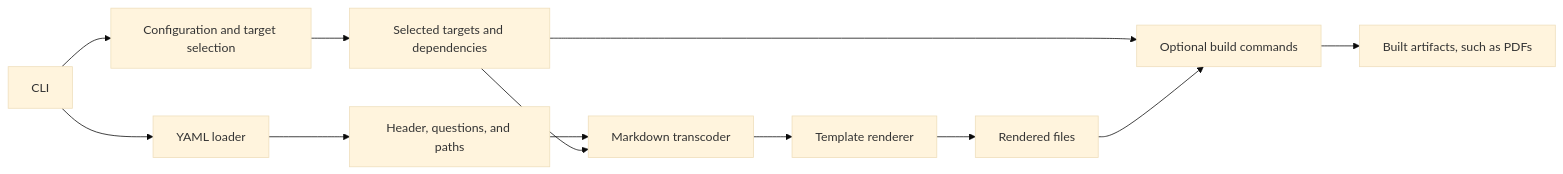
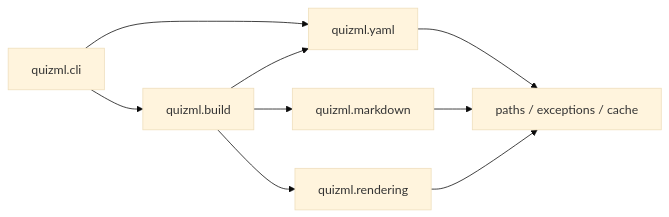
Before and after one commit to frcs/quizml: the diagram in ARCHITECTURE.md, drawn with Mermaid (base theme). The commit also changed other lines of this file and 59 other files, not shown here.

````diff
--- a/ARCHITECTURE.md
+++ b/ARCHITECTURE.md
@@ -7,14 +8,11 @@
 ```mermaid
 flowchart LR
-    CLI[CLI] --> Config[Configuration and target selection]
-    CLI --> Loader[YAML loader]
-    Config --> Targets[Selected targets and dependencies]
-    Loader --> Data[Header, questions, and paths]
-    Data --> Markdown[Markdown transcoder]
-    Targets --> Markdown
-    Markdown --> Renderer[Template renderer]
-    Renderer --> Output[Rendered files]
-    Targets --> Build[Optional build commands]
-    Output --> Build
-    Build --> Artifact[Built artifacts, such as PDFs]
+    CLI[quizml.cli] --> Build[quizml.build]
+    CLI --> YAML[quizml.yaml]
+    Build --> YAML
+    Build --> Markdown[quizml.markdown]
+    Build --> Rendering[quizml.rendering]
+    YAML --> Core[paths / exceptions / cache]
+    Markdown --> Core
+    Rendering --> Core
 ```
````
